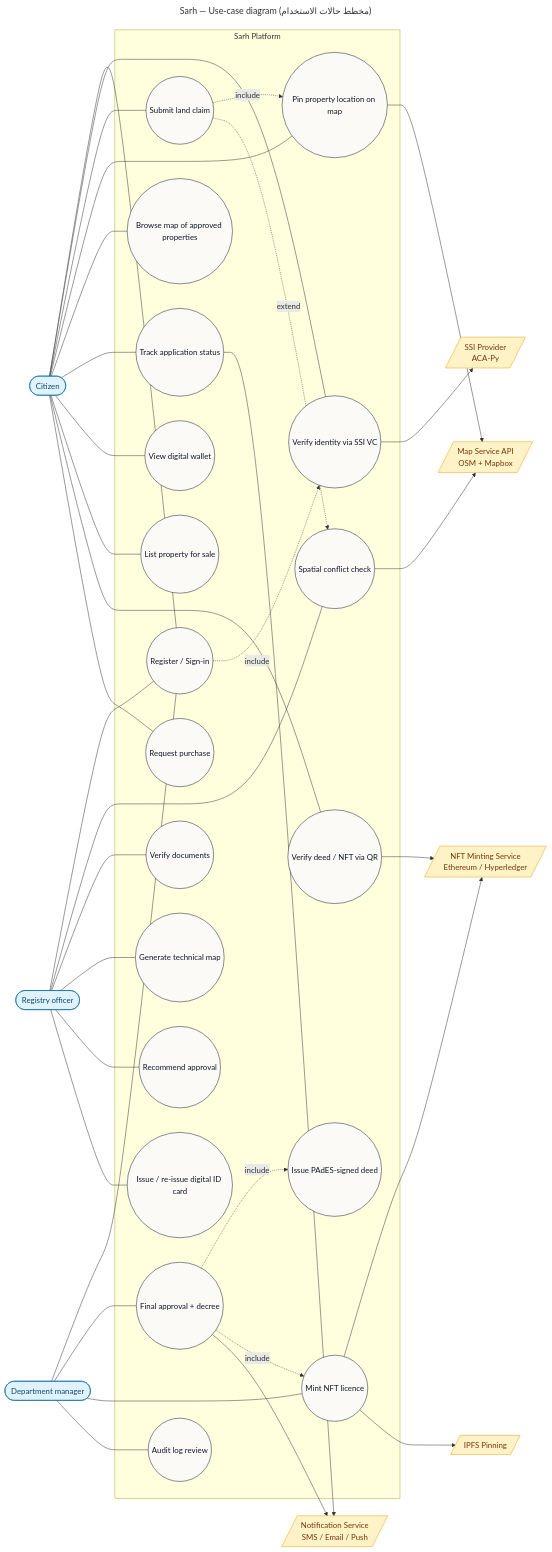
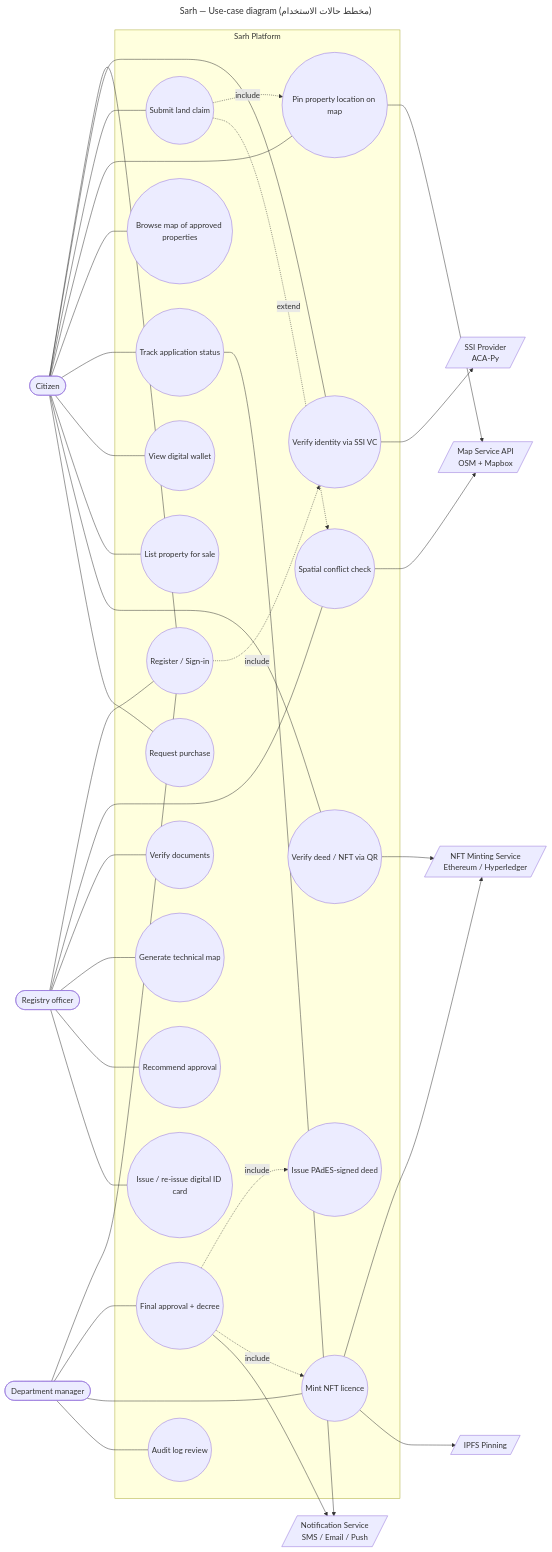
The diagram in docs/diagrams/use-case.mmd (AliBelaid/Sarh), drawn with Mermaid before and after one commit. The commit also changed 138 other files, not shown here.

First line of the commit message:
Rename Sijilli → Sarh, add auto-seed + classic-UML diagram deck

```diff
--- a/docs/diagrams/use-case.mmd
+++ b/docs/diagrams/use-case.mmd
@@ -1,76 +1,73 @@
 ---
 title: Sarh — Use-case diagram (مخطط حالات الاستخدام)
 ---
 flowchart LR
-    classDef actor fill:#e0f2fe,stroke:#0369a1,color:#0c4a6e
-    classDef usecase fill:#FBFAF6,stroke:#0F172A,color:#0F172A,rx:18,ry:18
-    classDef external fill:#fef3c7,stroke:#f59e0b,color:#78350f
 
-    Citizen([Citizen]):::actor
-    Officer([Registry officer]):::actor
-    Manager([Department manager]):::actor
+    Citizen([Citizen])
+    Officer([Registry officer])
+    Manager([Department manager])
 
-    SSI[/SSI Provider<br/>ACA-Py/]:::external
-    MAP[/Map Service API<br/>OSM + Mapbox/]:::external
-    NOTIF[/Notification Service<br/>SMS / Email / Push/]:::external
-    NFT[/NFT Minting Service<br/>Ethereum / Hyperledger/]:::external
-    IPFS[/IPFS Pinning/]:::external
+    SSI[/SSI Provider<br/>ACA-Py/]
+    MAP[/Map Service API<br/>OSM + Mapbox/]
+    NOTIF[/Notification Service<br/>SMS / Email / Push/]
+    NFT[/NFT Minting Service<br/>Ethereum / Hyperledger/]
+    IPFS[/IPFS Pinning/]
 
     subgraph SARH[Sarh Platform]
-        UC1((Register / Sign-in)):::usecase
-        UC2((Verify identity via SSI VC)):::usecase
-        UC3((Submit land claim)):::usecase
-        UC4((Pin property location on map)):::usecase
-        UC5((Spatial conflict check)):::usecase
-        UC6((Browse map of approved properties)):::usecase
-        UC7((Track application status)):::usecase
-        UC8((View digital wallet)):::usecase
-        UC9((List property for sale)):::usecase
-        UC10((Verify deed / NFT via QR)):::usecase
-        UC11((Request purchase)):::usecase
-        UC12((Verify documents)):::usecase
-        UC13((Generate technical map)):::usecase
-        UC14((Recommend approval)):::usecase
-        UC15((Final approval + decree)):::usecase
-        UC16((Mint NFT licence)):::usecase
-        UC17((Issue PAdES-signed deed)):::usecase
-        UC18((Issue / re-issue digital ID card)):::usecase
-        UC19((Audit log review)):::usecase
+        UC1((Register / Sign-in))
+        UC2((Verify identity via SSI VC))
+        UC3((Submit land claim))
+        UC4((Pin property location on map))
+        UC5((Spatial conflict check))
+        UC6((Browse map of approved properties))
+        UC7((Track application status))
+        UC8((View digital wallet))
+        UC9((List property for sale))
+        UC10((Verify deed / NFT via QR))
+        UC11((Request purchase))
+        UC12((Verify documents))
+        UC13((Generate technical map))
+        UC14((Recommend approval))
+        UC15((Final approval + decree))
+        UC16((Mint NFT licence))
+        UC17((Issue PAdES-signed deed))
+        UC18((Issue / re-issue digital ID card))
+        UC19((Audit log review))
     end
 
     Citizen --- UC1
     Citizen --- UC2
     Citizen --- UC3
     Citizen --- UC4
     Citizen --- UC6
     Citizen --- UC7
     Citizen --- UC8
     Citizen --- UC9
     Citizen --- UC10
     Citizen --- UC11
 
     Officer --- UC1
     Officer --- UC5
     Officer --- UC12
     Officer --- UC13
     Officer --- UC14
     Officer --- UC18
 
     Manager --- UC1
     Manager --- UC15
     Manager --- UC16
     Manager --- UC19
 
     UC1 -. include .-> UC2
     UC3 -. include .-> UC4
     UC3 -. extend .-> UC5
     UC15 -. include .-> UC17
     UC15 -. include .-> UC16
     UC2 --> SSI
     UC4 --> MAP
     UC5 --> MAP
     UC7 --> NOTIF
     UC15 --> NOTIF
     UC16 --> NFT
     UC16 --> IPFS
     UC10 --> NFT
```
